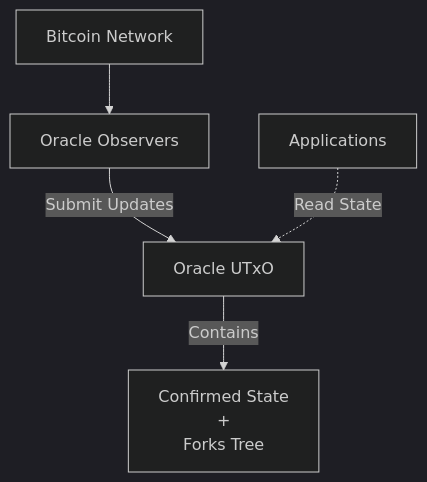
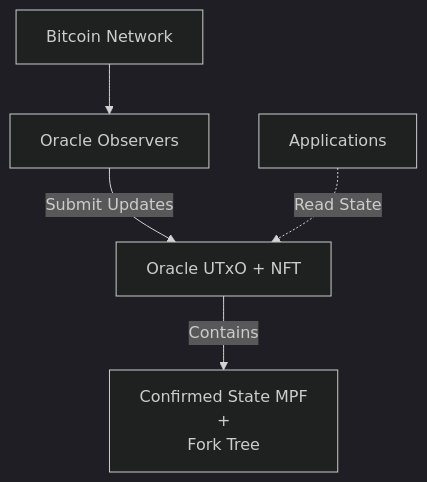
Before and after one commit to lantr-io/binocular: the first of 5 diagrams in Litepaper.md, drawn with Mermaid (dark theme). The commit also changed other lines of this file and 5 other files, not shown here.

````diff
--- a/Litepaper.md
+++ b/Litepaper.md
@@ -38,7 +39,7 @@
 ```mermaid
 graph TB
     A[Bitcoin Network] --> B[Oracle Observers]
-    B -->|Submit Updates| C[Oracle UTxO]
-    C -->|Contains| D[Confirmed State<br/>+<br/>Forks Tree]
+    B -->|Submit Updates| C[Oracle UTxO + NFT]
+    C -->|Contains| D[Confirmed State MPF<br/>+<br/>Fork Tree]
     E[Applications] -.->|Read State| C
 ```
````
